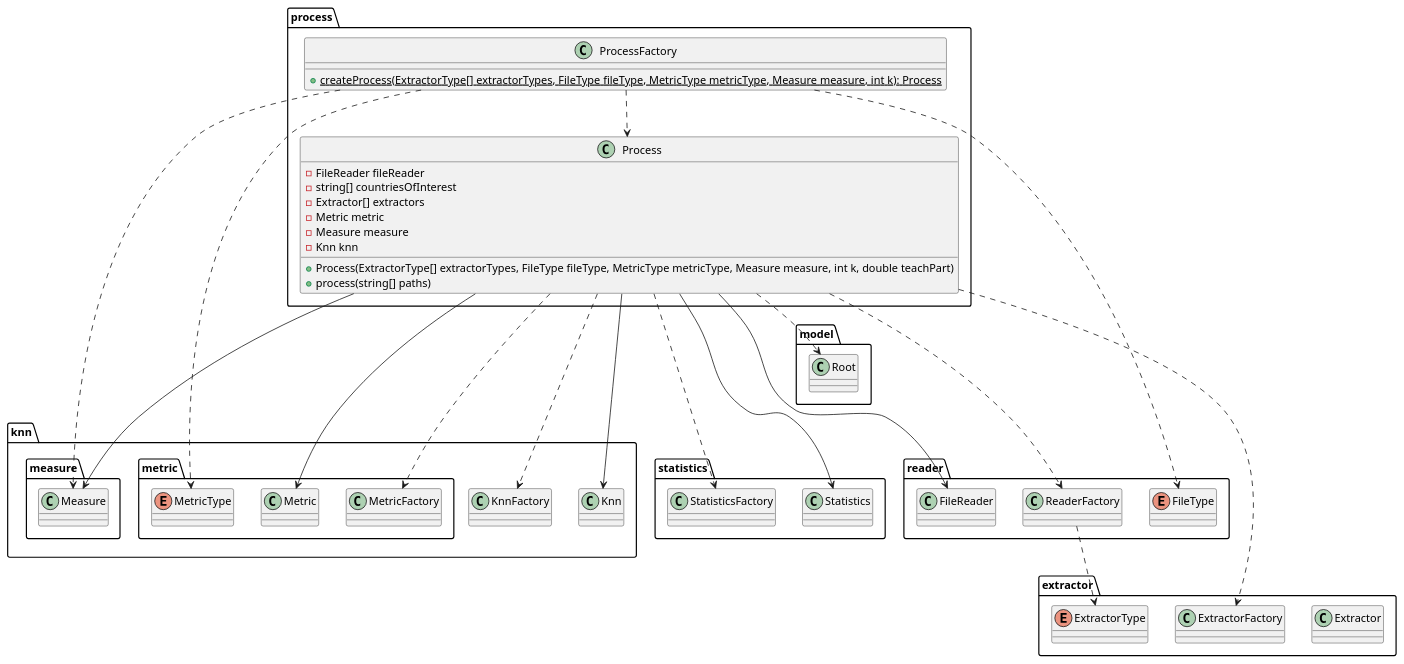
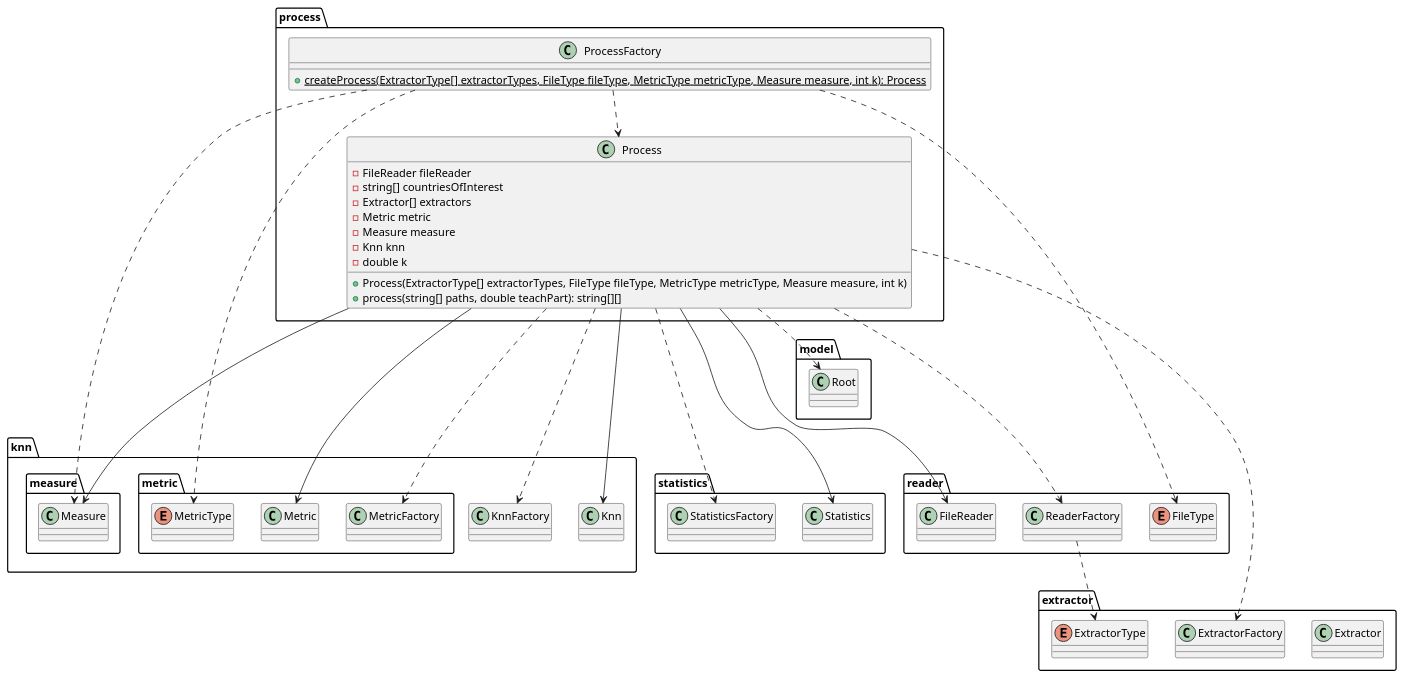
One commit to kambed/Computer-Recognition-Systems changed the ninth of 10 diagrams in README.md. Above: the diagram before and after it, drawn with PlantUML. The commit also changed other lines of this file and 10 other files, not shown here.

Commit message:
Frontend finished with UML bugfixes

````diff
--- a/README.md
+++ b/README.md
@@ -350,62 +350,63 @@
 ```plantuml
 package process {
     class Process {
         - FileReader fileReader
         - string[] countriesOfInterest
         - Extractor[] extractors
         - Metric metric
         - Measure measure
         - Knn knn
-        + Process(ExtractorType[] extractorTypes, FileType fileType, MetricType metricType, Measure measure, int k, double teachPart)
-        + process(string[] paths)
+        - double k
+        + Process(ExtractorType[] extractorTypes, FileType fileType, MetricType metricType, Measure measure, int k)
+        + process(string[] paths, double teachPart): string[][]
     }
     class ProcessFactory {
         + {static} createProcess(ExtractorType[] extractorTypes, FileType fileType, MetricType metricType, Measure measure, int k): Process
     }
 }
 package reader {
     class FileReader
     class ReaderFactory
     enum FileType
 }
 package extractor {
     class Extractor
     class ExtractorFactory
     enum ExtractorType
 }
 package knn {
     class Knn
     class KnnFactory
     package metric {
         class Metric
         class MetricFactory
         enum MetricType
     }
     package measure {
         class Measure
     }
 }
 package model {
     class Root
 }
 package statistics {
     class Statistics
     class StatisticsFactory
 }
 Process ...> ReaderFactory
 Process ...> ExtractorFactory
 Process ...> MetricFactory
 Process ...> KnnFactory
 Process ...> StatisticsFactory
 Process --> FileReader
 Process --> Metric
 Process --> Measure
 Process --> Statistics
 Process --> Knn
 Process ..> Root
 ProcessFactory ..> Measure
 ProcessFactory ..> Process
 ProcessFactory ..> FileType
 ProcessFactory ..> MetricType
 ReaderFactory ..> ExtractorType
 ```
````
